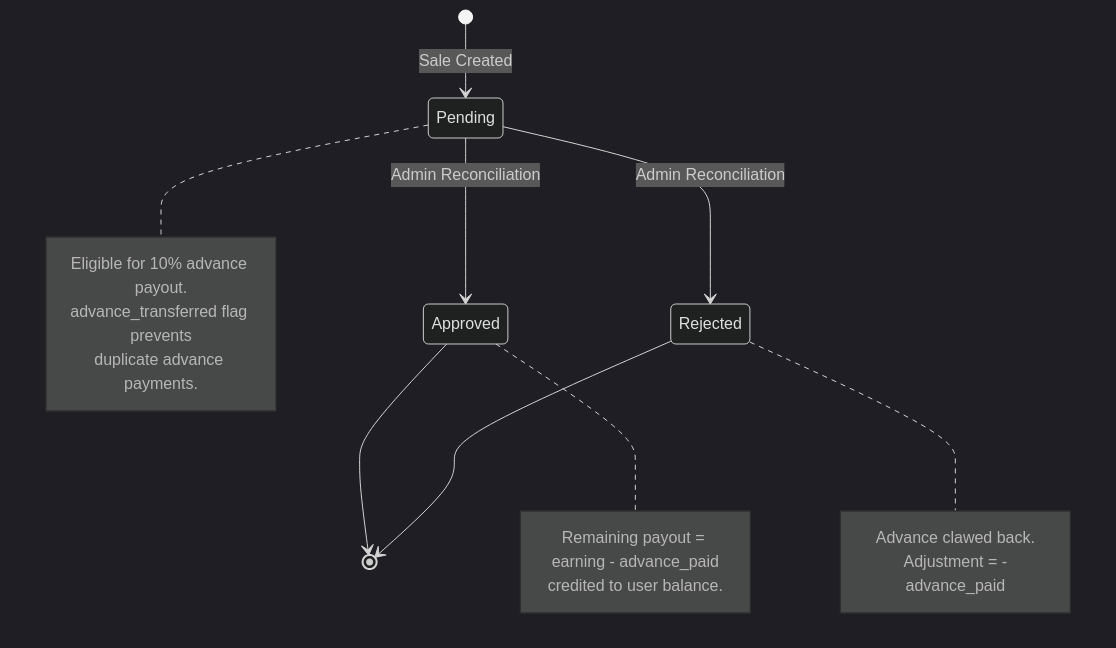
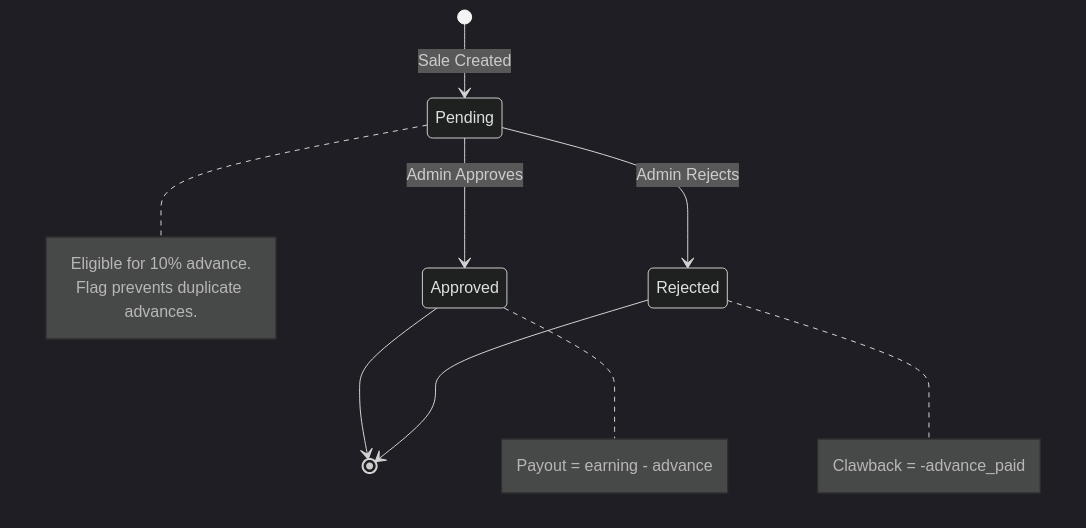
The third of 14 diagrams in LLD.md (pawanclone/taskdoc), drawn with Mermaid (dark theme) before and after one commit. The commit also changed other lines of this file, not shown here.

````diff
--- a/LLD.md
+++ b/LLD.md
@@ -198,24 +186,23 @@
 ```mermaid
 stateDiagram-v2
     [*] --> Pending: Sale Created
-    Pending --> Approved: Admin Reconciliation
-    Pending --> Rejected: Admin Reconciliation
+
+    Pending --> Approved: Admin Approves
+    Pending --> Rejected: Admin Rejects
+
     Approved --> [*]
     Rejected --> [*]
 
     note right of Pending
-        Eligible for 10% advance payout.
-        advance_transferred flag prevents
-        duplicate advance payments.
+        Eligible for 10% advance.
+        Flag prevents duplicate advances.
     end note
 
     note right of Approved
-        Remaining payout = earning - advance_paid
-        credited to user balance.
+        Payout = earning - advance
     end note
 
     note right of Rejected
-        Advance clawed back.
-        Adjustment = -advance_paid
+        Clawback = -advance_paid
     end note
 ```
````
